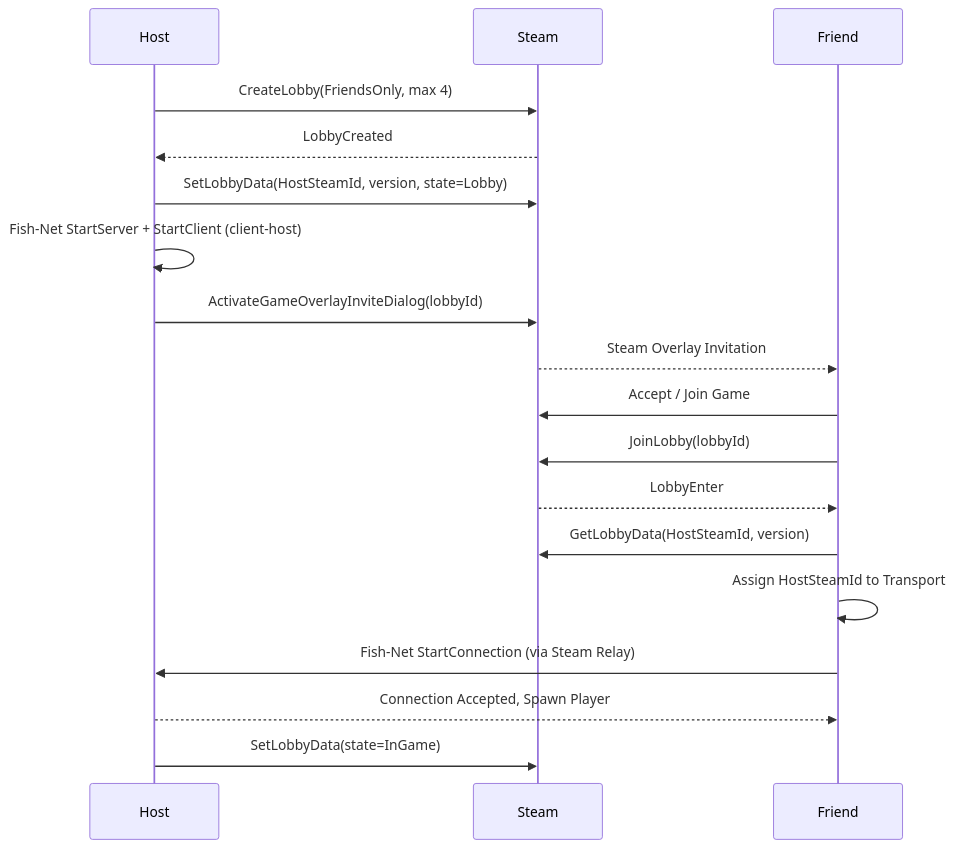
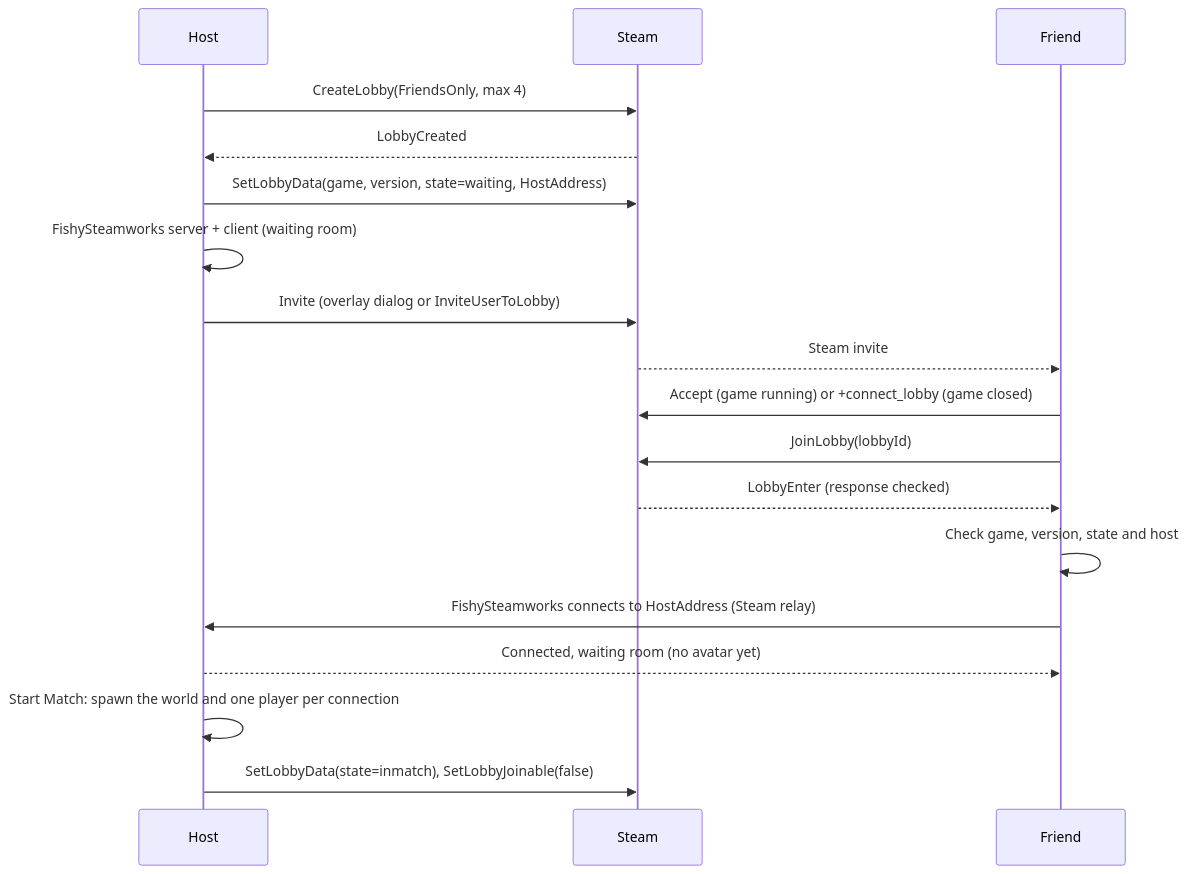
One commit to DanDavD/EchoGame changed the diagram in docs/NETWORKING.md. Above: the diagram before and after it, drawn with Mermaid. The commit also changed other lines of this file and 2 other files, not shown here.

First line of the commit message:
docs(net): Steam co-op, waiting room, menus and a two-PC test guide

````diff
--- a/docs/NETWORKING.md
+++ b/docs/NETWORKING.md
@@ -49,20 +50,20 @@
 ```mermaid
 sequenceDiagram
     participant H as Host
     participant S as Steam
     participant F as Friend
     H->>S: CreateLobby(FriendsOnly, max 4)
     S-->>H: LobbyCreated
-    H->>S: SetLobbyData(HostSteamId, version, state=Lobby)
-    H->>H: Fish-Net StartServer + StartClient (client-host)
-    H->>S: ActivateGameOverlayInviteDialog(lobbyId)
-    S-->>F: Steam Overlay Invitation
-    F->>S: Accept / Join Game
+    H->>S: SetLobbyData(game, version, state=waiting, HostAddress)
+    H->>H: FishySteamworks server + client (waiting room)
+    H->>S: Invite (overlay dialog or InviteUserToLobby)
+    S-->>F: Steam invite
+    F->>S: Accept (game running) or +connect_lobby (game closed)
     F->>S: JoinLobby(lobbyId)
-    S-->>F: LobbyEnter
-    F->>S: GetLobbyData(HostSteamId, version)
-    F->>F: Assign HostSteamId to Transport
-    F->>H: Fish-Net StartConnection (via Steam Relay)
-    H-->>F: Connection Accepted, Spawn Player
-    H->>S: SetLobbyData(state=InGame)
+    S-->>F: LobbyEnter (response checked)
+    F->>F: Check game, version, state and host
+    F->>H: FishySteamworks connects to HostAddress (Steam relay)
+    H-->>F: Connected, waiting room (no avatar yet)
+    H->>H: Start Match: spawn the world and one player per connection
+    H->>S: SetLobbyData(state=inmatch), SetLobbyJoinable(false)
 ```
````
